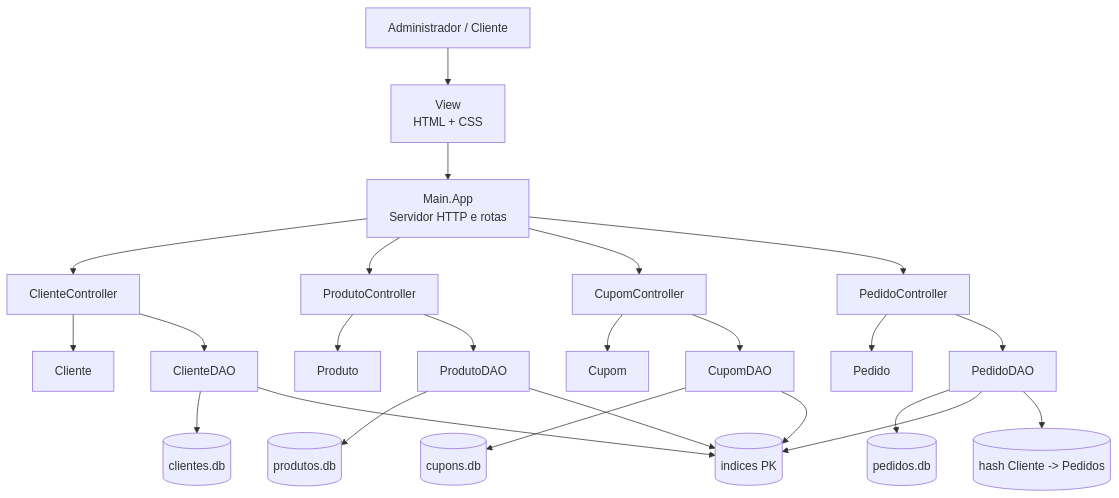
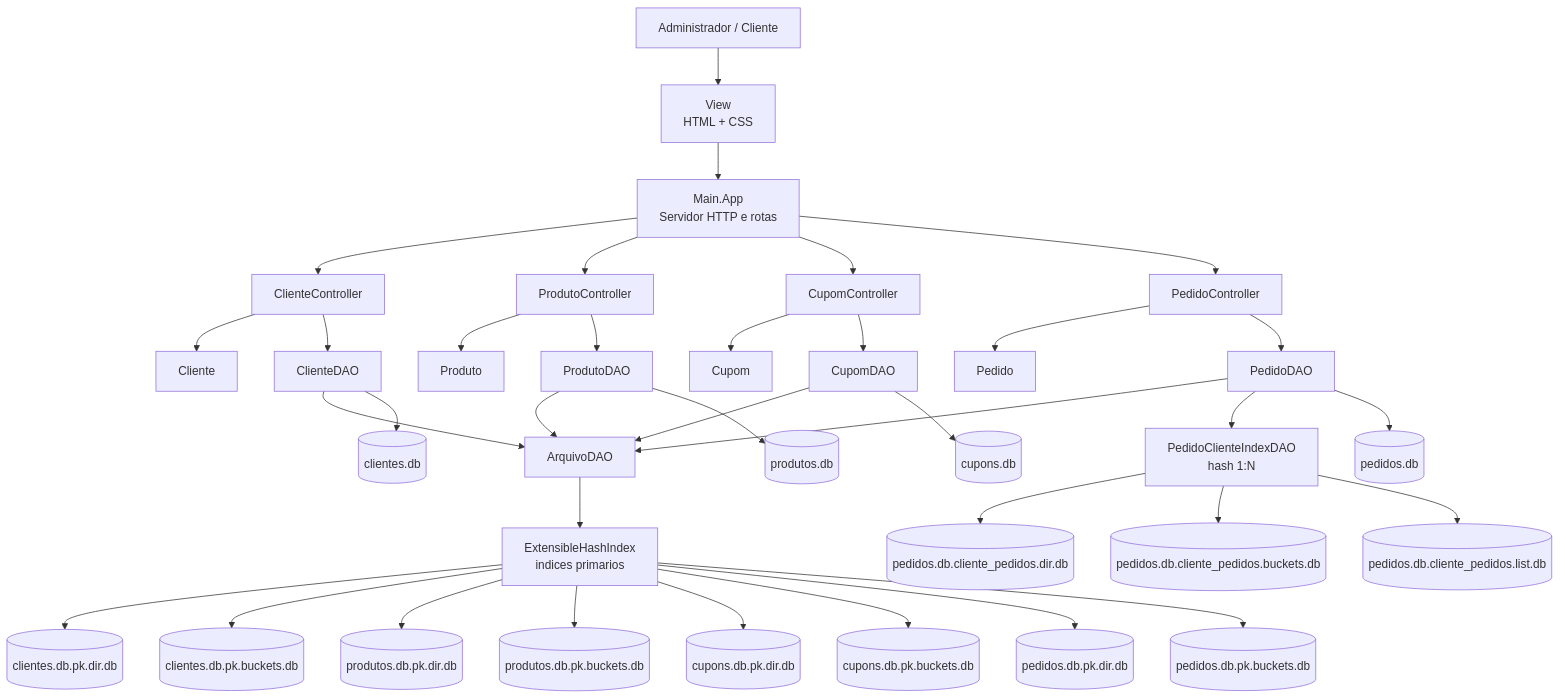
One commit to lucaszanfa/Tp-Aedes3 changed the third of 3 diagrams in docs/DocumentacaoCompleta.md. Above: the diagram before and after it, drawn with Mermaid. The commit also changed other lines of this file and 28 other files, not shown here.

Commit message:
trocando os diagramas

````diff
--- a/docs/DocumentacaoCompleta.md
+++ b/docs/DocumentacaoCompleta.md
@@ -138,30 +191,46 @@
 ```mermaid
 flowchart TD
     U[Administrador / Cliente] --> V[View<br/>HTML + CSS]
     V --> A[Main.App<br/>Servidor HTTP e rotas]
 
     A --> CC[ClienteController]
     A --> PC[ProdutoController]
     A --> CuC[CupomController]
     A --> PeC[PedidoController]
 
     CC --> M1[Cliente]
     PC --> M2[Produto]
     CuC --> M3[Cupom]
     PeC --> M4[Pedido]
 
     CC --> D1[ClienteDAO]
     PC --> D2[ProdutoDAO]
     CuC --> D3[CupomDAO]
     PeC --> D4[PedidoDAO]
 
+    D1 --> A1[ArquivoDAO]
+    D2 --> A1
+    D3 --> A1
+    D4 --> A1
+
+    A1 --> H1[ExtensibleHashIndex<br/>indices primarios]
+    D4 --> R1[PedidoClienteIndexDAO<br/>hash 1:N]
+
     D1 --> F1[(clientes.db)]
     D2 --> F2[(produtos.db)]
     D3 --> F3[(cupons.db)]
     D4 --> F4[(pedidos.db)]
-    D1 --> I1[(indices PK)]
-    D2 --> I1
-    D3 --> I1
-    D4 --> I1
-    D4 --> R1[(hash Cliente -> Pedidos)]
+
+    H1 --> I1[(clientes.db.pk.dir.db)]
+    H1 --> I2[(clientes.db.pk.buckets.db)]
+    H1 --> I3[(produtos.db.pk.dir.db)]
+    H1 --> I4[(produtos.db.pk.buckets.db)]
+    H1 --> I5[(cupons.db.pk.dir.db)]
+    H1 --> I6[(cupons.db.pk.buckets.db)]
+    H1 --> I7[(pedidos.db.pk.dir.db)]
+    H1 --> I8[(pedidos.db.pk.buckets.db)]
+
+    R1 --> R2[(pedidos.db.cliente_pedidos.dir.db)]
+    R1 --> R3[(pedidos.db.cliente_pedidos.buckets.db)]
+    R1 --> R4[(pedidos.db.cliente_pedidos.list.db)]
 ```
````
